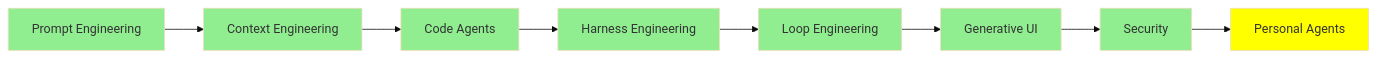
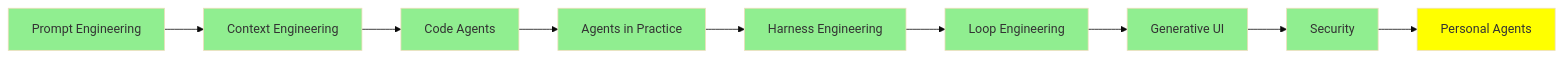
Before and after one commit to lokumai/ai-engineering-bazaar: the second of 2 diagrams in mini-courses/2_intermediate/personal_agents.md, drawn with Mermaid (base theme). The commit also changed other lines of this file and 51 other files, not shown here.

Commit message:
M68: Agents in Practice for engineers and the first For Everyone module, Claude Duet in Personal Agents, inline logos; M67 review fixes

````diff
--- a/mini-courses/2_intermediate/personal_agents.md
+++ b/mini-courses/2_intermediate/personal_agents.md
@@ -148,18 +149,20 @@
 ```mermaid
 graph LR
     A[Prompt Engineering] --> B[Context Engineering]
     B --> C[Code Agents]
-    C --> D[Harness Engineering]
-    D --> E[Loop Engineering]
-    E --> F[Generative UI]
-    F --> G[Security]
-    G --> H[Personal Agents]
+    C --> D[Agents in Practice]
+    D --> E[Harness Engineering]
+    E --> F[Loop Engineering]
+    F --> G[Generative UI]
+    G --> H[Security]
+    H --> I[Personal Agents]
     style A fill:#90EE90
     style B fill:#90EE90
     style C fill:#90EE90
     style D fill:#90EE90
     style E fill:#90EE90
     style F fill:#90EE90
     style G fill:#90EE90
-    style H fill:#FFFF00
+    style H fill:#90EE90
+    style I fill:#FFFF00
 ```
````
